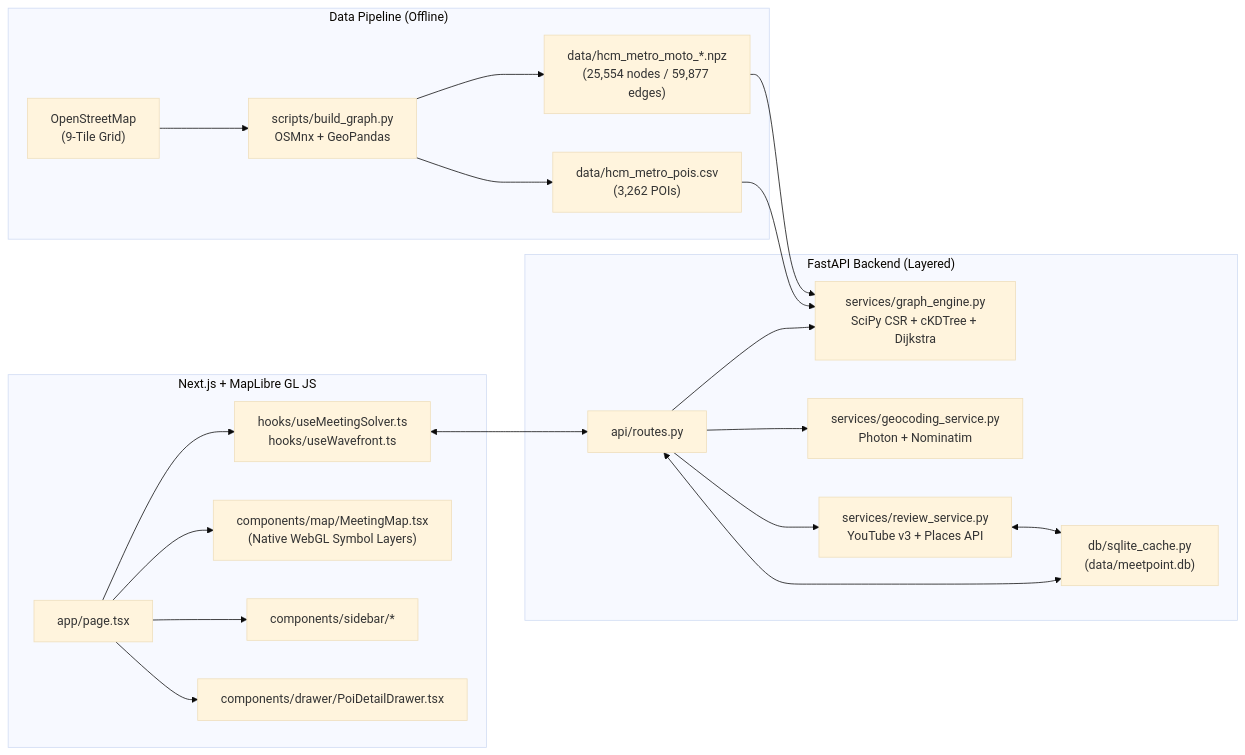
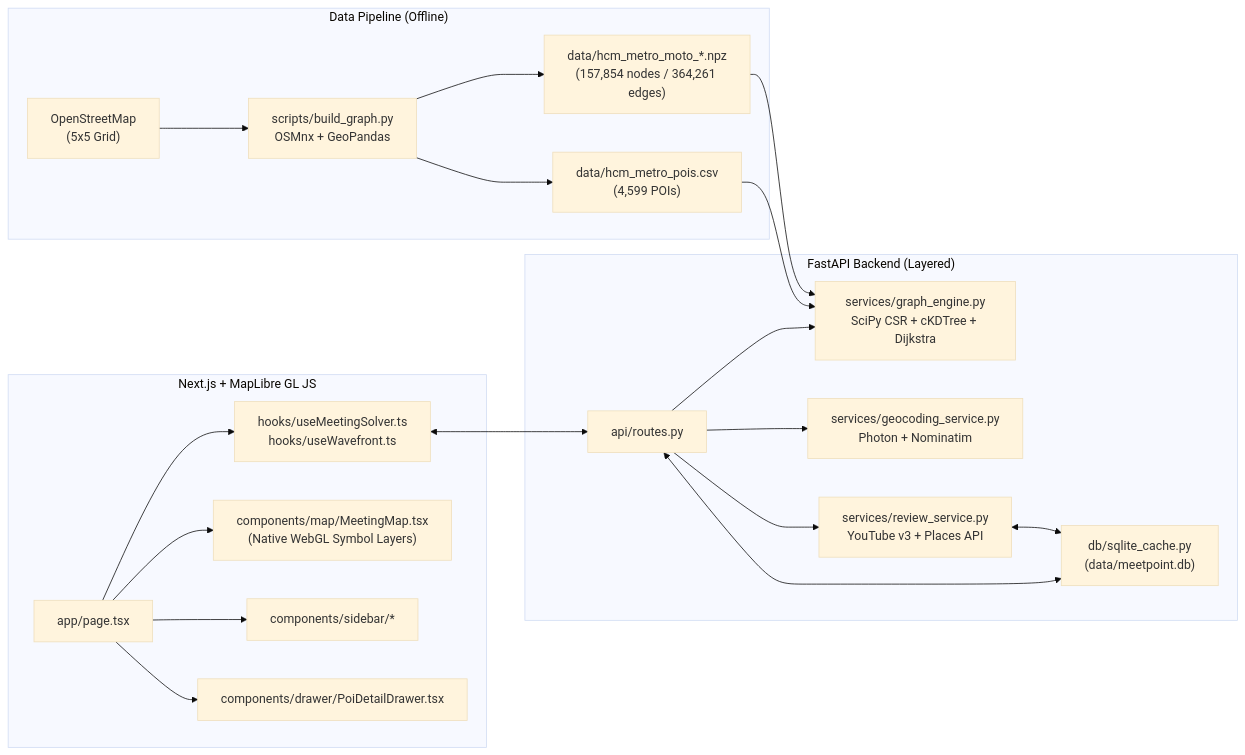
One commit to BaroNguyen11/meeting-point changed the diagram in README.md. Above: the diagram before and after it, drawn with Mermaid (base theme). The commit also changed other lines of this file and 5 other files, not shown here.

````diff
--- a/README.md
+++ b/README.md
@@ -22,26 +23,26 @@
 ```mermaid
 flowchart LR
     subgraph Offline["Data Pipeline (Offline)"]
-        OSM["OpenStreetMap<br/>(9-Tile Grid)"] --> BG["scripts/build_graph.py<br/>OSMnx + GeoPandas"]
-        BG --> NPZ["data/hcm_metro_moto_*.npz<br/>(25,554 nodes / 59,877 edges)"]
-        BG --> CSV["data/hcm_metro_pois.csv<br/>(3,262 POIs)"]
+        OSM["OpenStreetMap<br/>(5x5 Grid)"] --> BG["scripts/build_graph.py<br/>OSMnx + GeoPandas"]
+        BG --> NPZ["data/hcm_metro_moto_*.npz<br/>(157,854 nodes / 364,261 edges)"]
+        BG --> CSV["data/hcm_metro_pois.csv<br/>(4,599 POIs)"]
     end
 
     subgraph Backend["FastAPI Backend (Layered)"]
         API["api/routes.py"] --> GE["services/graph_engine.py<br/>SciPy CSR + cKDTree + Dijkstra"]
         API --> GEO["services/geocoding_service.py<br/>Photon + Nominatim"]
         API --> REV["services/review_service.py<br/>YouTube v3 + Places API"]
         REV <--> DB["db/sqlite_cache.py<br/>(data/meetpoint.db)"]
         API <--> DB
         NPZ --> GE
         CSV --> GE
     end
 
     subgraph Frontend["Next.js + MapLibre GL JS"]
         UI["app/page.tsx"] --> HOOK["hooks/useMeetingSolver.ts<br/>hooks/useWavefront.ts"]
         HOOK <--> API
         UI --> MAP["components/map/MeetingMap.tsx<br/>(Native WebGL Symbol Layers)"]
         UI --> SB["components/sidebar/*"]
         UI --> DR["components/drawer/PoiDetailDrawer.tsx"]
     end
 ```
````
